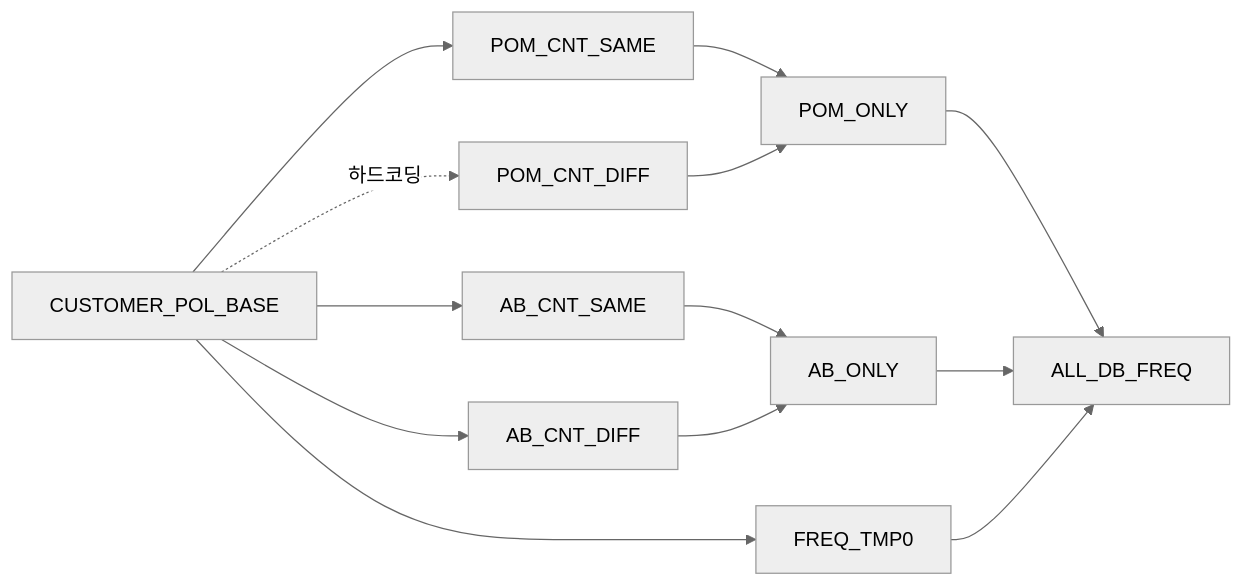
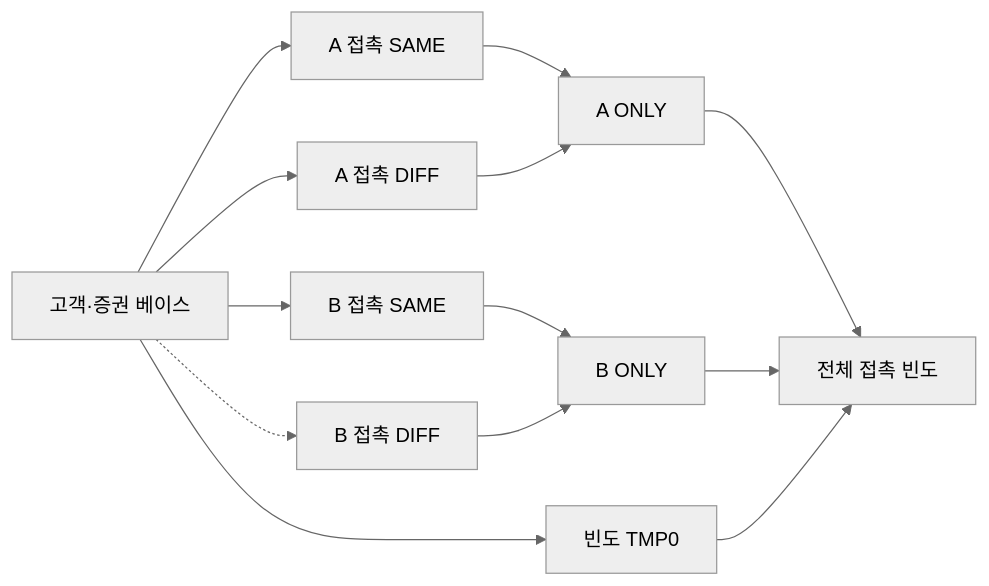
The third of 4 diagrams in content/Projects/customer-analytics-mart/고객마트 리니지 분석.md (kgeonhoe/Blog), drawn with Mermaid (neutral theme) before and after one commit. The commit also changed other lines of this file and 6 other files, not shown here.

````diff
--- a/content/Projects/customer-analytics-mart/고객마트 리니지 분석.md
+++ b/content/Projects/customer-analytics-mart/고객마트 리니지 분석.md
@@ -96,15 +73,15 @@
 ```mermaid
 graph LR
-  BASE[CUSTOMER_POL_BASE] --> PS[POM_CNT_SAME]
-  BASE -.하드코딩.-> PD[POM_CNT_DIFF]
-  BASE --> AS[AB_CNT_SAME]
-  BASE --> AD[AB_CNT_DIFF]
-  PS --> PO[POM_ONLY]
+  BASE["고객·증권 베이스"] --> AS["A 접촉 SAME"]
+  BASE --> AD["A 접촉 DIFF"]
+  BASE --> PS["B 접촉 SAME"]
+  BASE -.-> PD["B 접촉 DIFF"]
+  AS --> AO["A ONLY"]
+  AD --> AO
+  PS --> PO["B ONLY"]
   PD --> PO
-  AS --> AO[AB_ONLY]
-  AD --> AO
-  BASE --> T0[FREQ_TMP0]
-  PO --> ALL[ALL_DB_FREQ]
-  AO --> ALL
+  BASE --> T0["빈도 TMP0"]
+  AO --> ALL["전체 접촉 빈도"]
+  PO --> ALL
   T0 --> ALL
 ```
````
